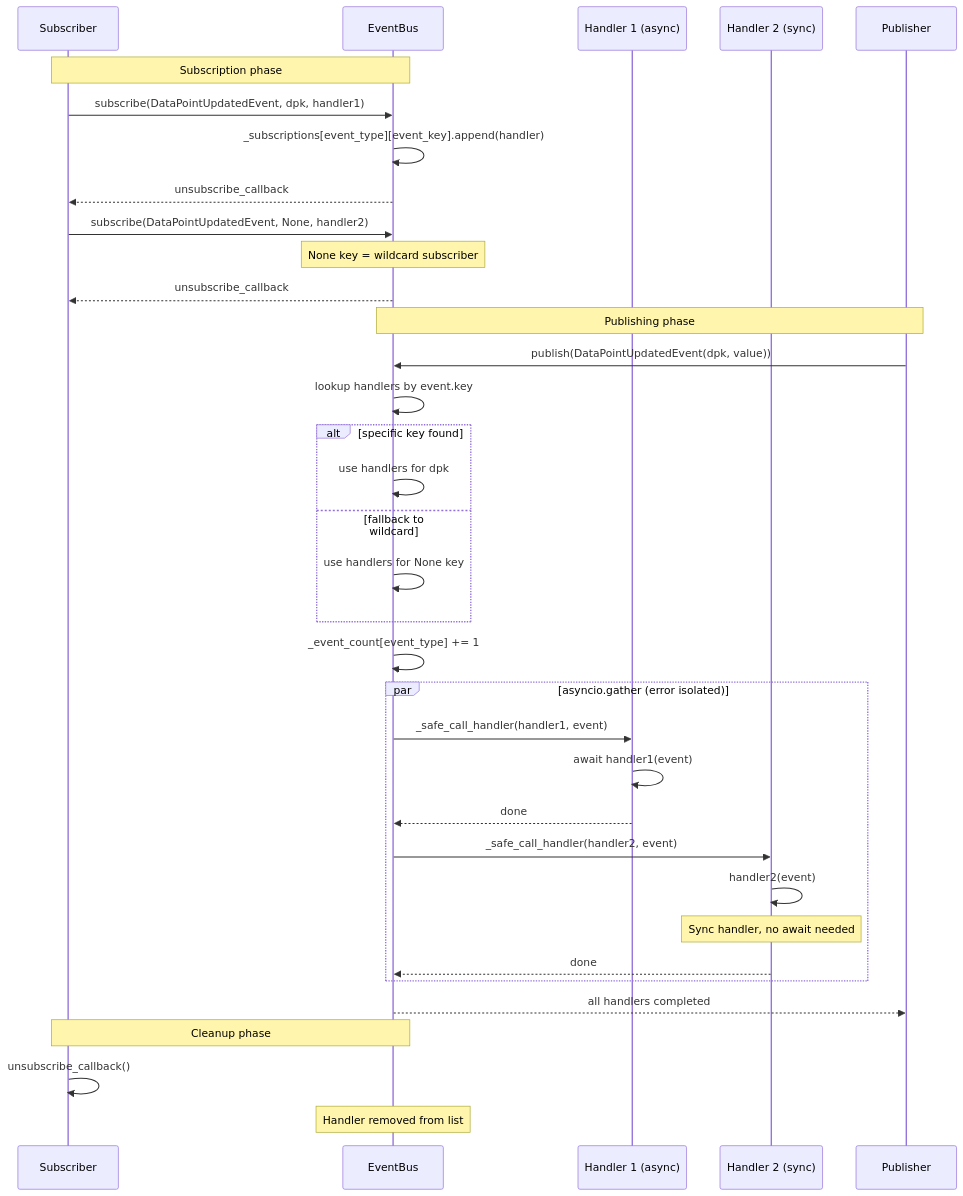
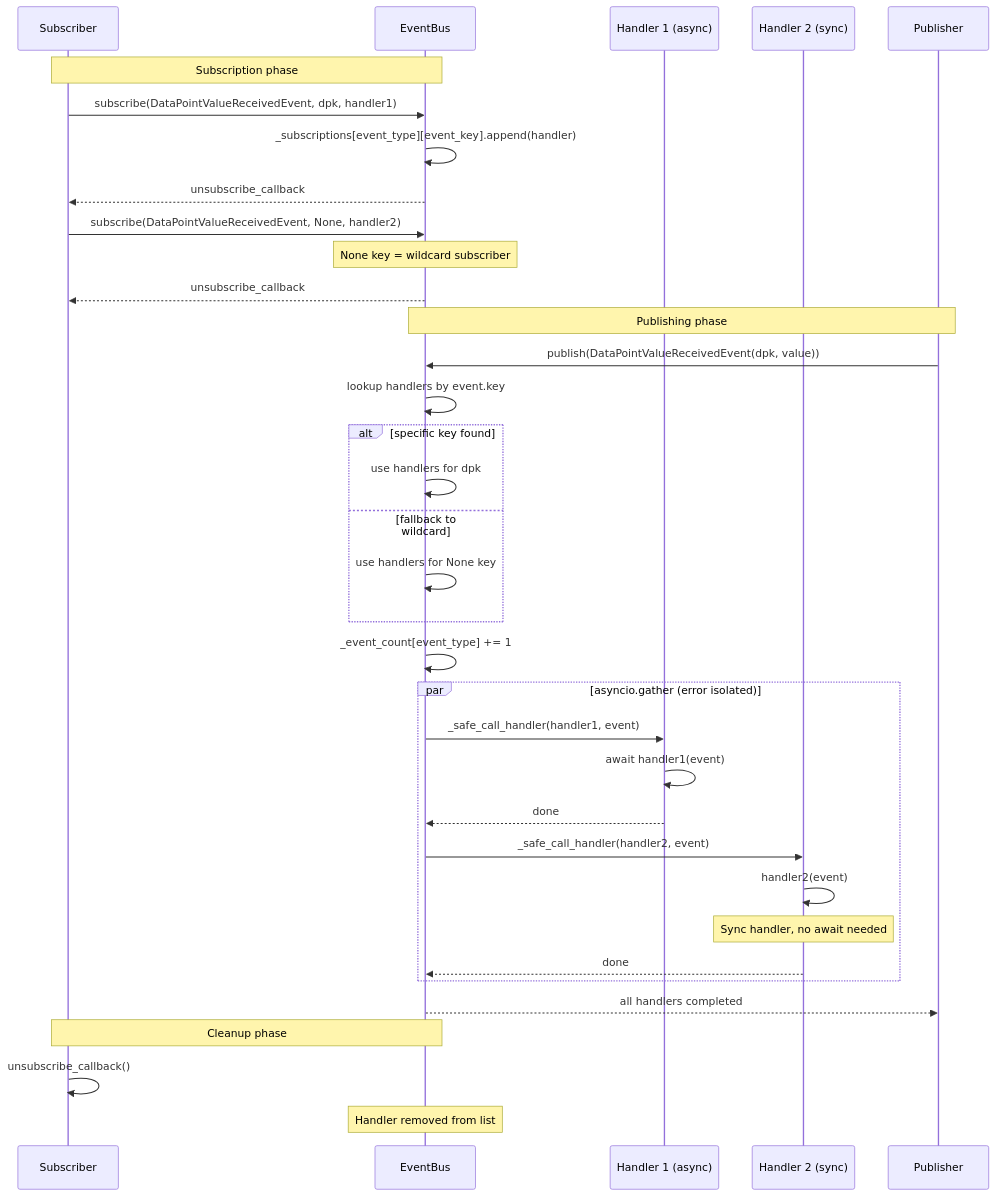
One commit to SukramJ/aiohomematic changed the sixth of 16 diagrams in docs/sequence_diagrams.md. Above: the diagram before and after it, drawn with Mermaid. The commit also changed other lines of this file and 42 other files, not shown here.

````diff
--- a/docs/sequence_diagrams.md
+++ b/docs/sequence_diagrams.md
@@ -373,46 +373,46 @@
 ```mermaid
 sequenceDiagram
   participant Sub as Subscriber
   participant EB as EventBus
   participant H1 as Handler 1 (async)
   participant H2 as Handler 2 (sync)
   participant Pub as Publisher
 
   Note over Sub,EB: Subscription phase
-  Sub->>EB: subscribe(DataPointUpdatedEvent, dpk, handler1)
+  Sub->>EB: subscribe(DataPointValueReceivedEvent, dpk, handler1)
   EB->>EB: _subscriptions[event_type][event_key].append(handler)
   EB-->>Sub: unsubscribe_callback
 
-  Sub->>EB: subscribe(DataPointUpdatedEvent, None, handler2)
+  Sub->>EB: subscribe(DataPointValueReceivedEvent, None, handler2)
   Note over EB: None key = wildcard subscriber
   EB-->>Sub: unsubscribe_callback
 
   Note over Pub,EB: Publishing phase
-  Pub->>EB: publish(DataPointUpdatedEvent(dpk, value))
+  Pub->>EB: publish(DataPointValueReceivedEvent(dpk, value))
 
   EB->>EB: lookup handlers by event.key
   alt specific key found
     EB->>EB: use handlers for dpk
   else fallback to wildcard
     EB->>EB: use handlers for None key
   end
 
   EB->>EB: _event_count[event_type] += 1
 
   par asyncio.gather (error isolated)
     EB->>H1: _safe_call_handler(handler1, event)
     H1->>H1: await handler1(event)
     H1-->>EB: done
 
     EB->>H2: _safe_call_handler(handler2, event)
     H2->>H2: handler2(event)
     Note over H2: Sync handler, no await needed
     H2-->>EB: done
   end
 
   EB-->>Pub: all handlers completed
 
   Note over Sub,EB: Cleanup phase
   Sub->>Sub: unsubscribe_callback()
   Note over EB: Handler removed from list
 ```
````
